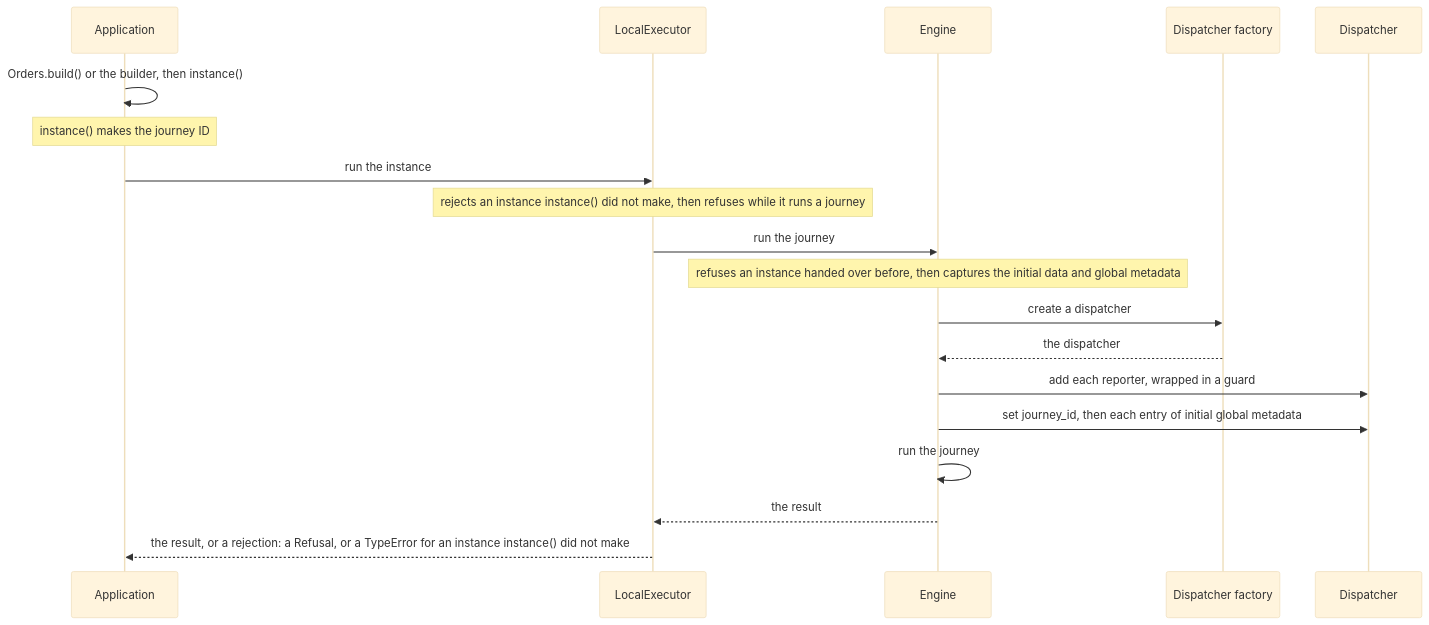
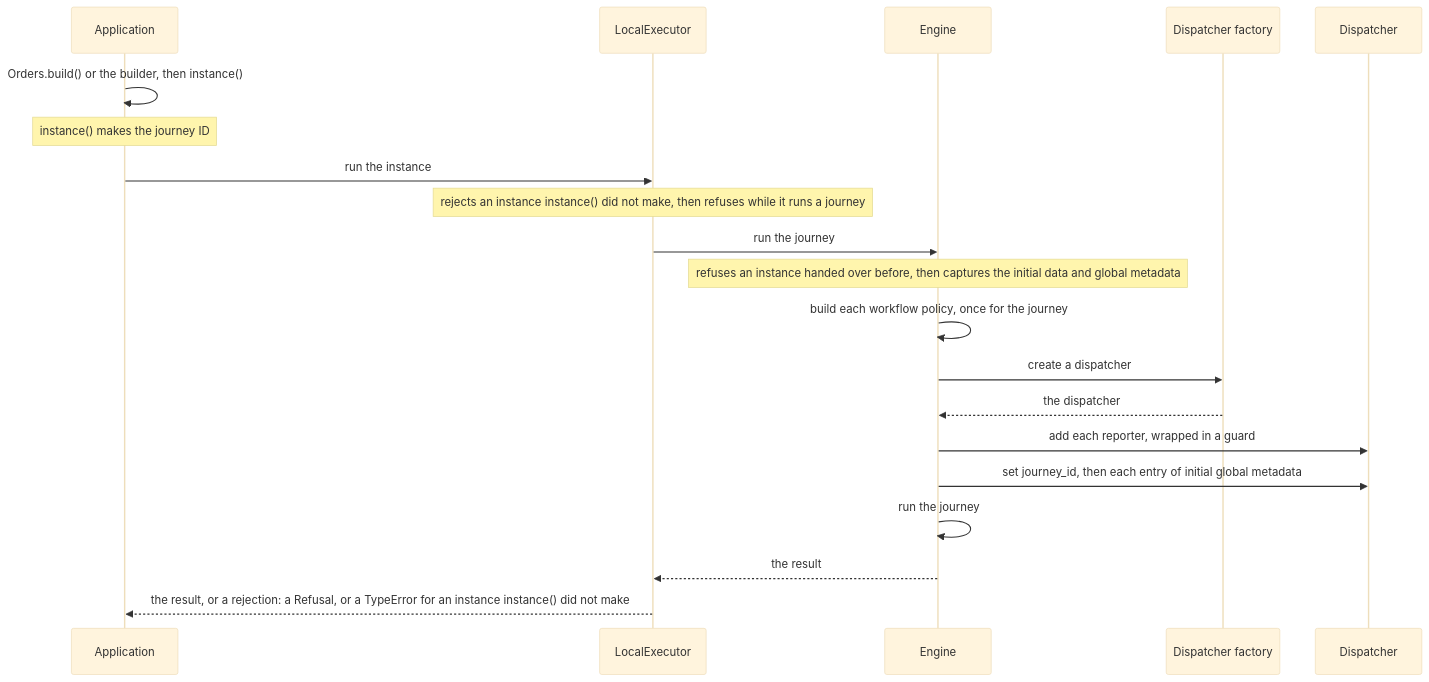
The sixth of 9 diagrams in docs/architecture.md (itinera-dev/itinera-ts), drawn with Mermaid (base theme) before and after one commit. The commit also changed other lines of this file and 1 other file, not shown here.

First line of the commit message:
docs(architecture): describe how policies are built and hooks called

````diff
--- a/docs/architecture.md
+++ b/docs/architecture.md
@@ -164,23 +164,24 @@
 ```mermaid
 sequenceDiagram
     accTitle: From a declaration to a journey's result
-    accDescr: The application builds the workflow object and makes an instance, whose creation makes the journey ID. The executor rejects an instance that instance() did not make, and refuses a run while it runs a journey. The engine refuses an instance handed over before, captures the initial data and global metadata, creates a dispatcher, adds each reporter wrapped in a guard, and sets the journey ID and then the initial global metadata, any of which can refuse the instance. Then it runs the journey and the executor resolves to its result, or rejects with a Refusal, or with a TypeError for an instance instance() did not make.
+    accDescr: The application builds the workflow object and makes an instance, whose creation makes the journey ID. The executor rejects an instance that instance() did not make, and refuses a run while it runs a journey. The engine refuses an instance handed over before, captures the initial data and global metadata, builds each workflow policy, creates a dispatcher, adds each reporter wrapped in a guard, and sets the journey ID and then the initial global metadata, any of which can refuse the instance. Then it runs the journey and the executor resolves to its result, or rejects with a Refusal, or with a TypeError for an instance instance() did not make.
     participant App as Application
     participant Exec as LocalExecutor
     participant Engine as Engine
     participant Factory as Dispatcher factory
     participant Dispatcher as Dispatcher
     App->>App: Orders.build() or the builder, then instance()
     Note over App: instance() makes the journey ID
     App->>Exec: run the instance
     Note over Exec: rejects an instance instance() did not make, then refuses while it runs a journey
     Exec->>Engine: run the journey
     Note over Engine: refuses an instance handed over before, then captures the initial data and global metadata
+    Engine->>Engine: build each workflow policy, once for the journey
     Engine->>Factory: create a dispatcher
     Factory-->>Engine: the dispatcher
     Engine->>Dispatcher: add each reporter, wrapped in a guard
     Engine->>Dispatcher: set journey_id, then each entry of initial global metadata
     Engine->>Engine: run the journey
     Engine-->>Exec: the result
     Exec-->>App: the result, or a rejection: a Refusal, or a TypeError for an instance instance() did not make
 ```
````
